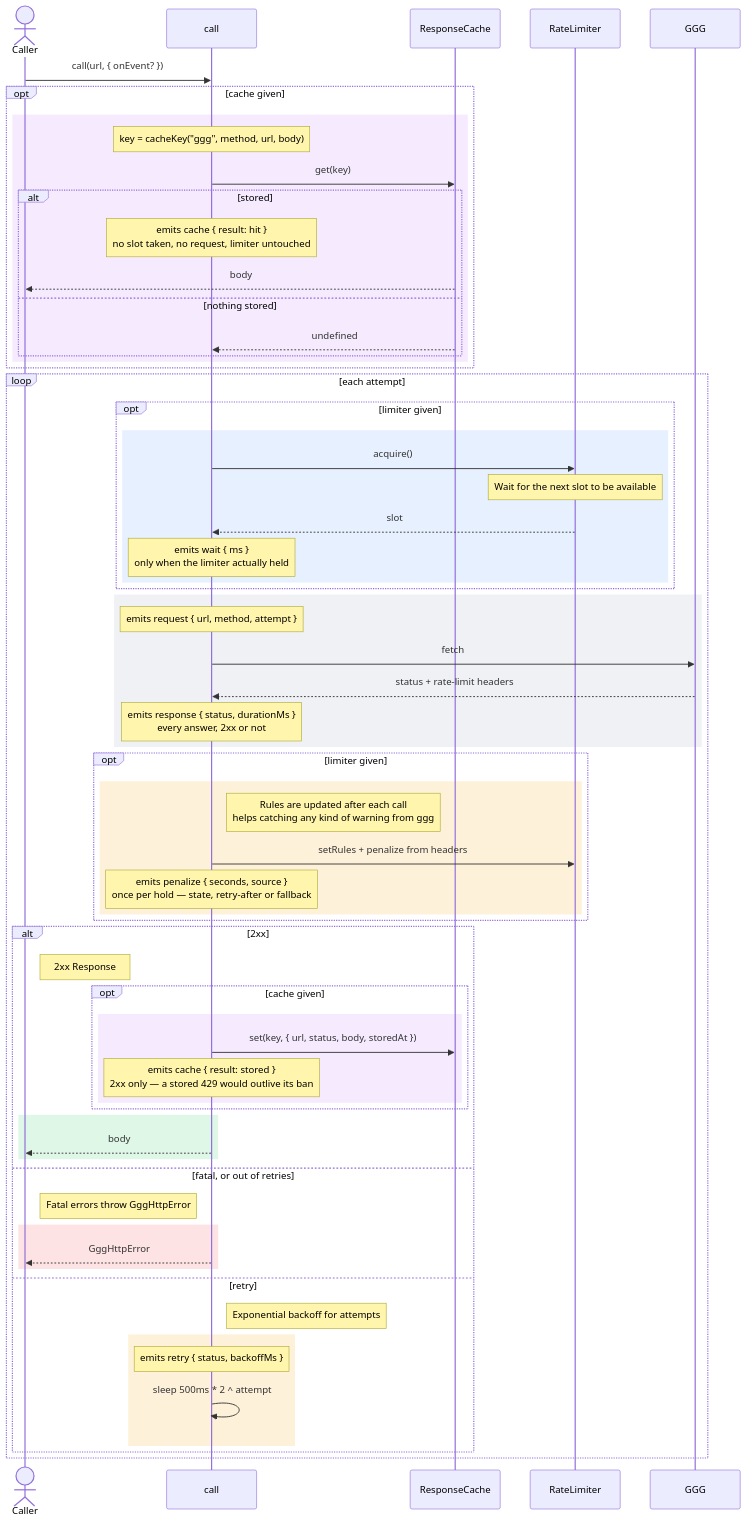
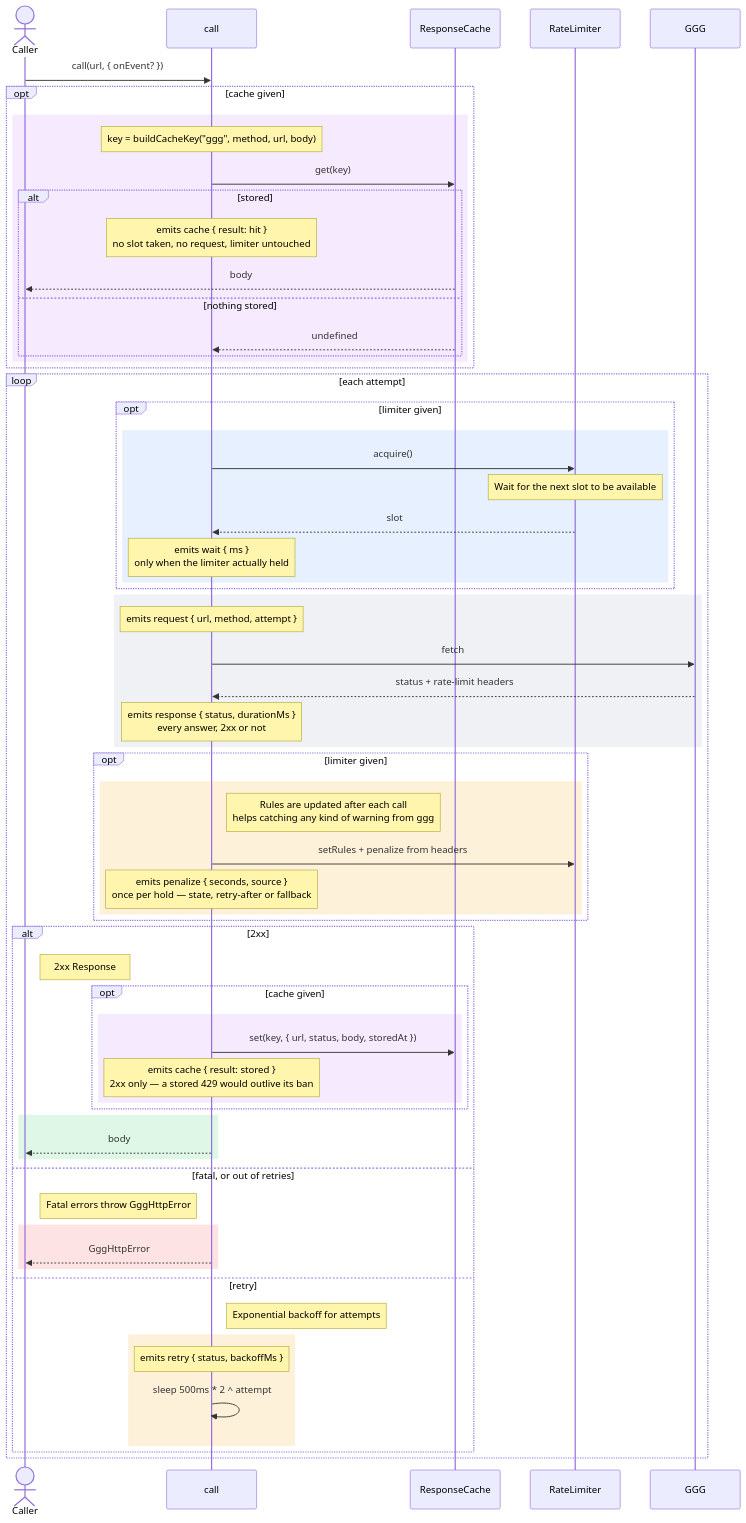
One commit to andreicaminschi/poe-stuff changed the diagram in services/ggg/docs/call.mmd. Above: the diagram before and after it, drawn with Mermaid. The commit also changed 26 other files, not shown here.

Commit message:
refactor(cache): name buildCacheKey and createFileCache by what they do

```diff
--- a/services/ggg/docs/call.mmd
+++ b/services/ggg/docs/call.mmd
@@ -1,74 +1,74 @@
 sequenceDiagram
     %% blue = wait, grey = network, amber = limits back, green = body, red = error, purple = cache
     %% onEvent gets no lifeline: it is the caller's own callback, run inline on this
     %% stack, so it is an annotation on each phase rather than a party to the exchange.
     actor Caller
     participant Call as call
     participant Cache as ResponseCache
     participant Limiter as RateLimiter
     participant API as GGG
 
     Caller->>Call: call(url, { onEvent? })
 
     opt cache given
         rect rgba(168, 85, 247, 0.12)
-            Note over Call: key = cacheKey("ggg", method, url, body)
+            Note over Call: key = buildCacheKey("ggg", method, url, body)
             Call->>Cache: get(key)
             alt stored
                 Note over Call: emits cache { result: hit }<br/>no slot taken, no request, limiter untouched
                 Cache-->>Caller: body
             else nothing stored
                 Cache-->>Call: undefined
             end
         end
     end
 
     loop each attempt
         opt limiter given
             rect rgba(59, 130, 246, 0.12)
                 Call->>Limiter: acquire()
                 Note over Limiter: Wait for the next slot to be available
                 Limiter-->>Call: slot
                 Note over Call: emits wait { ms }<br/>only when the limiter actually held
             end
         end
 
         rect rgba(148, 163, 184, 0.15)
             Note over Call: emits request { url, method, attempt }
             Call->>API: fetch
             API-->>Call: status + rate-limit headers
             Note over Call: emits response { status, durationMs }<br/>every answer, 2xx or not
         end
 
         opt limiter given
             rect rgba(245, 158, 11, 0.15)
                 Note right of Call: Rules are updated after each call<br/>helps catching any kind of warning from ggg
                 Call->>Limiter: setRules + penalize from headers
                 Note over Call: emits penalize { seconds, source }<br/>once per hold — state, retry-after or fallback
             end
         end
 
         alt 2xx
             Note right of Caller: 2xx Response
             opt cache given
                 rect rgba(168, 85, 247, 0.12)
                     Call->>Cache: set(key, { url, status, body, storedAt })
                     Note over Call: emits cache { result: stored }<br/>2xx only — a stored 429 would outlive its ban
                 end
             end
             rect rgba(34, 197, 94, 0.15)
                 Call-->>Caller: body
             end
         else fatal, or out of retries
             Note right of Caller: Fatal errors throw GggHttpError
             rect rgba(239, 68, 68, 0.15)
                 Call-->>Caller: GggHttpError
             end
         else retry
             Note right of Call: Exponential backoff for attempts
             rect rgba(245, 158, 11, 0.15)
                 Note over Call: emits retry { status, backoffMs }
                 Call->>Call: sleep 500ms * 2 ^ attempt
             end
         end
     end
```
